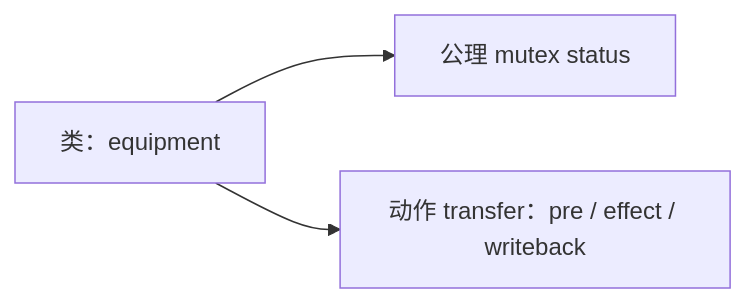
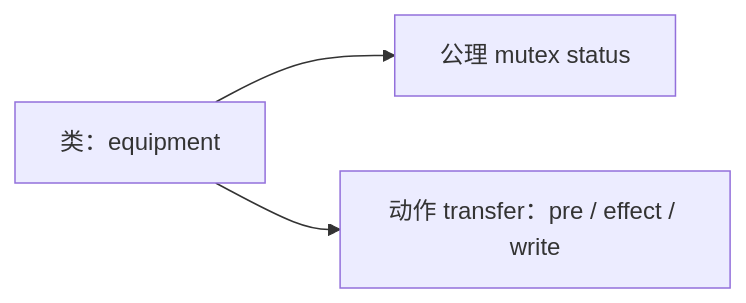
One commit to majiang213/Ontos changed the fifth of 8 diagrams in ontos-article.md. Above: the diagram before and after it, drawn with Mermaid. The commit also changed other lines of this file and 1 other file, not shown here.

````diff
--- a/ontos-article.md
+++ b/ontos-article.md
@@ -302,6 +303,6 @@
 ```mermaid
 flowchart LR
     E[类：equipment]
     E --> AX["公理 mutex status"]
-    E --> AC["动作 transfer：pre / effect / writeback"]
+    E --> AC["动作 transfer：pre / effect / write"]
 ```
````
